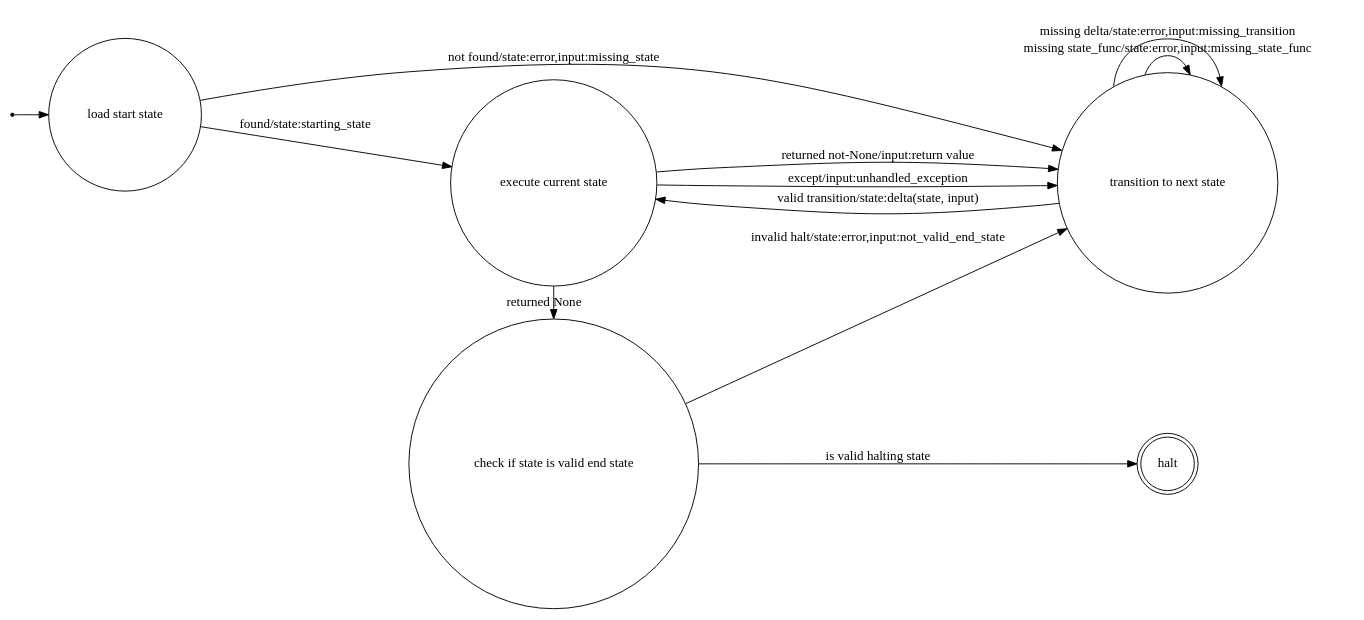
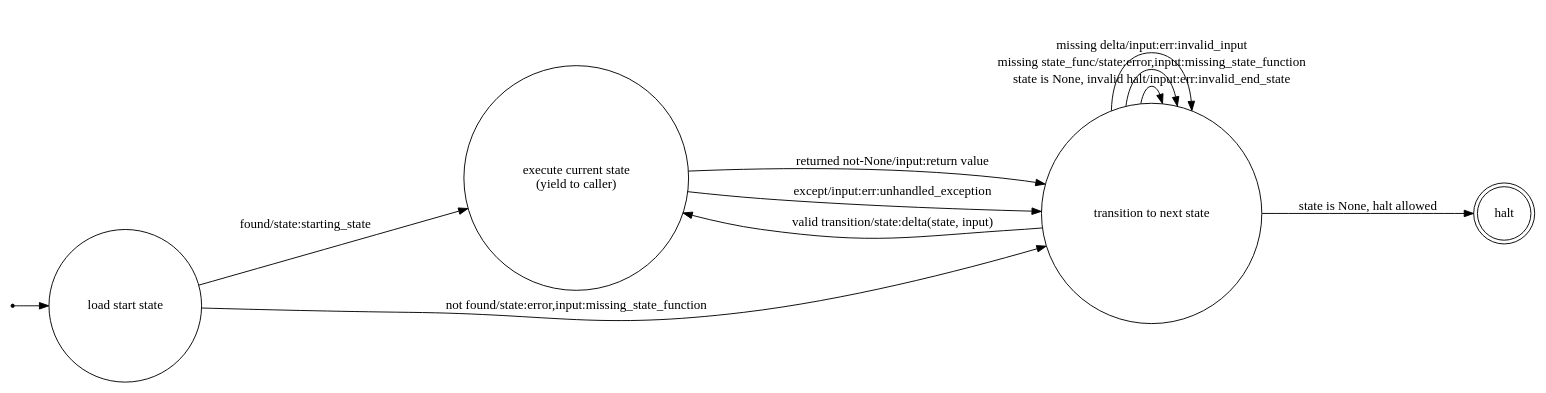
One commit to mbr/twentyfive changed the diagram in exec.dot. Above: the diagram before and after it, drawn with Graphviz.

Commit message:
New draft for core automaton.

```diff
--- a/exec.dot
+++ b/exec.dot
@@ -1,28 +1,20 @@
 digraph {
   rankdir=LR;
   node [shape = point ];
   qi;
   node [shape = circle];
   qi -> start;
   start [label="load start state"];
-  {
-    rank=same;
-    exec [label="execute current state"];
-    end [label="check if state is valid end state"];
-  }
-  {
-    rank=same;
-    transition [label="transition to next state"];
-    halt [shape=doublecircle];
-  }
-  start -> transition [label="not found/state:error,input:missing_state"];
+  exec [label="execute current state\n(yield to caller)"];
+  transition [label="transition to next state"];
+  halt [shape=doublecircle];
+  start -> transition [label="not found/state:error,input:missing_state_function"];
   start -> exec [label="found/state:starting_state"];
   exec -> transition [label="returned not-None/input:return value"];
-  exec -> transition [label="except/input:unhandled_exception"];
-  exec -> end [label="returned None"];
-  end -> halt [label="is valid halting state"];
-  end -> transition [label="invalid halt/state:error,input:not_valid_end_state"];
+  exec -> transition [label="except/input:err:unhandled_exception"];
+  transition -> halt [label="state is None, halt allowed"];
+  transition -> transition [label="state is None, invalid halt/input:err:invalid_end_state"];
   transition -> exec [label="valid transition/state:delta(state, input)"];
-  transition -> transition [label="missing state_func/state:error,input:missing_state_func"];
-  transition -> transition [label="missing delta/state:error,input:missing_transition"];
+  transition -> transition [label="missing state_func/state:error,input:missing_state_function"];
+  transition -> transition [label="missing delta/input:err:invalid_input"];
 }
```
